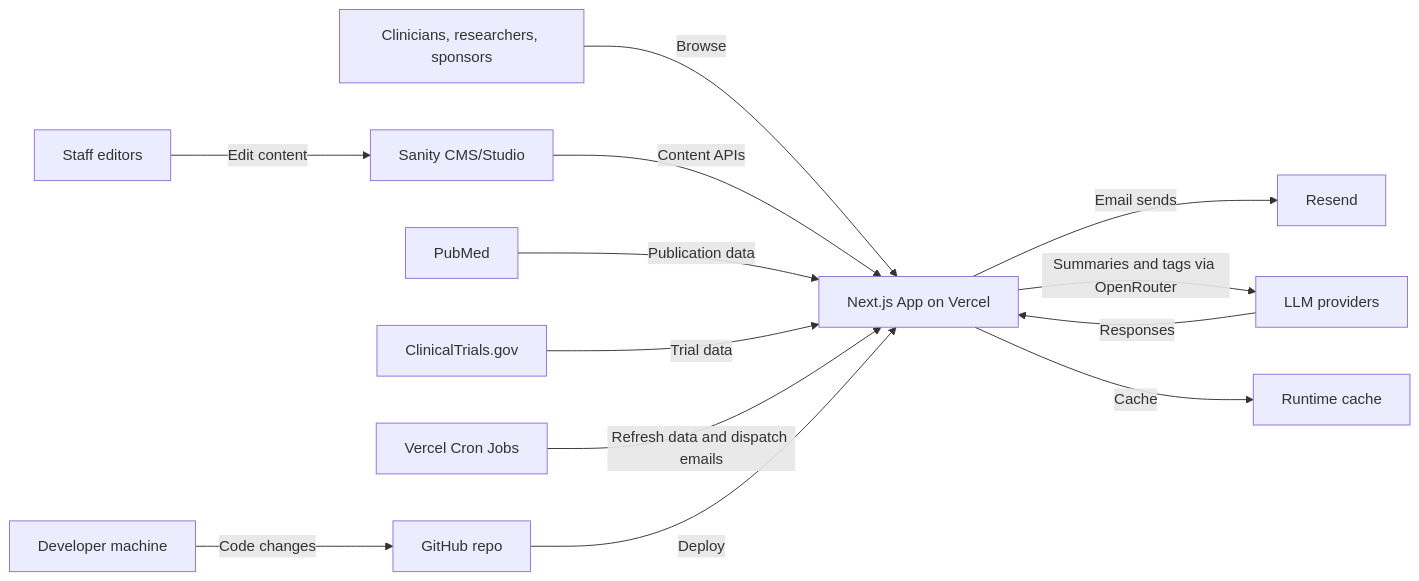
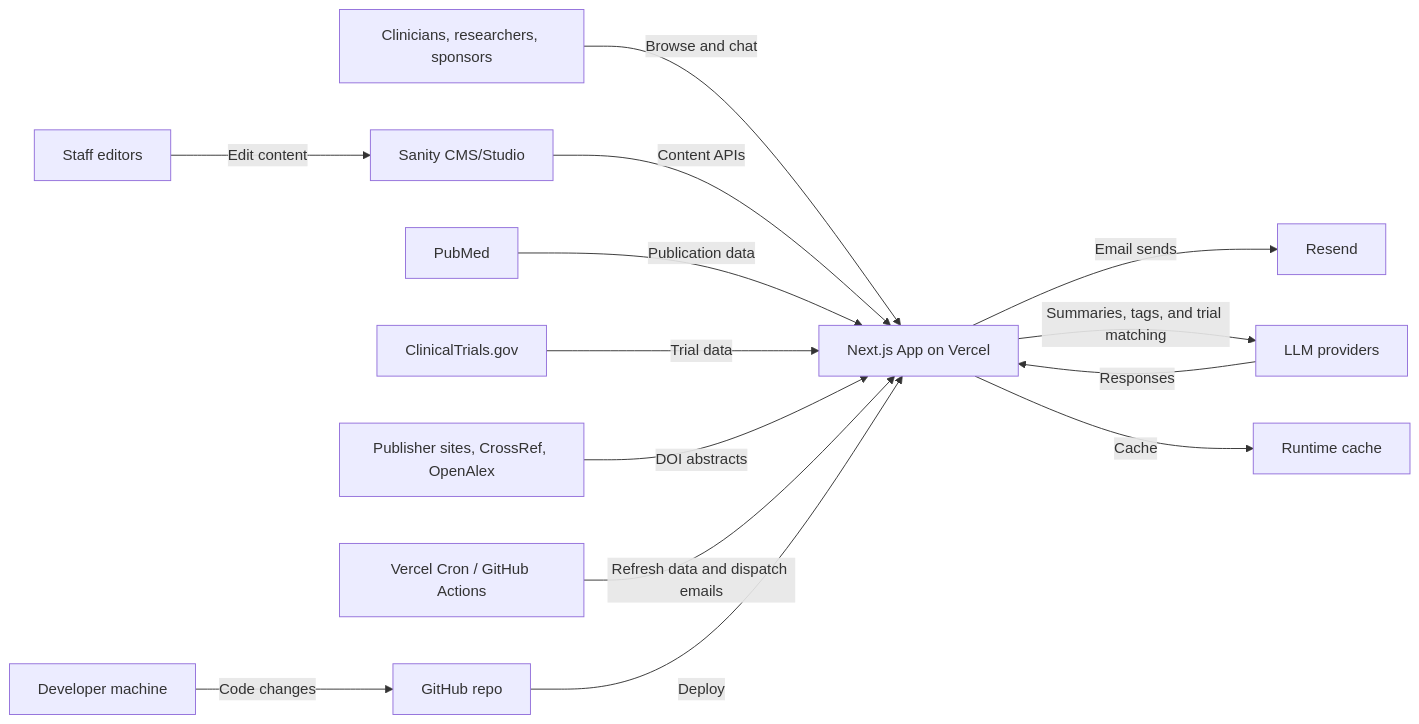
Before and after one commit to proshano/KCRU-website: the diagram in README.md, drawn with Mermaid. The commit also changed other lines of this file, not shown here.

Commit message:
README: add trial matching assistant, DOI backfill, and newsletter details

````diff
--- a/README.md
+++ b/README.md
@@ -50,17 +52,18 @@
 ```mermaid
 flowchart LR
-  Browser[Clinicians, researchers, sponsors] -->|Browse| Next[Next.js App on Vercel]
+  Browser[Clinicians, researchers, sponsors] -->|Browse and chat| Next[Next.js App on Vercel]
   Staff[Staff editors] -->|Edit content| Sanity[Sanity CMS/Studio]
   Sanity -->|Content APIs| Next
 
   Next -->|Email sends| Resend[Resend]
   PubMed[PubMed] -->|Publication data| Next
   ClinicalTrials[ClinicalTrials.gov] -->|Trial data| Next
-  Next -->|Summaries and tags via OpenRouter| LLM[LLM providers]
+  DOI[Publisher sites, CrossRef, OpenAlex] -->|DOI abstracts| Next
+  Next -->|Summaries, tags, and trial matching| LLM[LLM providers]
   LLM -->|Responses| Next
   Next -->|Cache| Runtime[Runtime cache]
 
-  Cron[Vercel Cron Jobs] -->|Refresh data and dispatch emails| Next
+  Cron[Vercel Cron / GitHub Actions] -->|Refresh data and dispatch emails| Next
   GitHub[GitHub repo] -->|Deploy| Next
   Developer[Developer machine] -->|Code changes| GitHub
 ```
````
